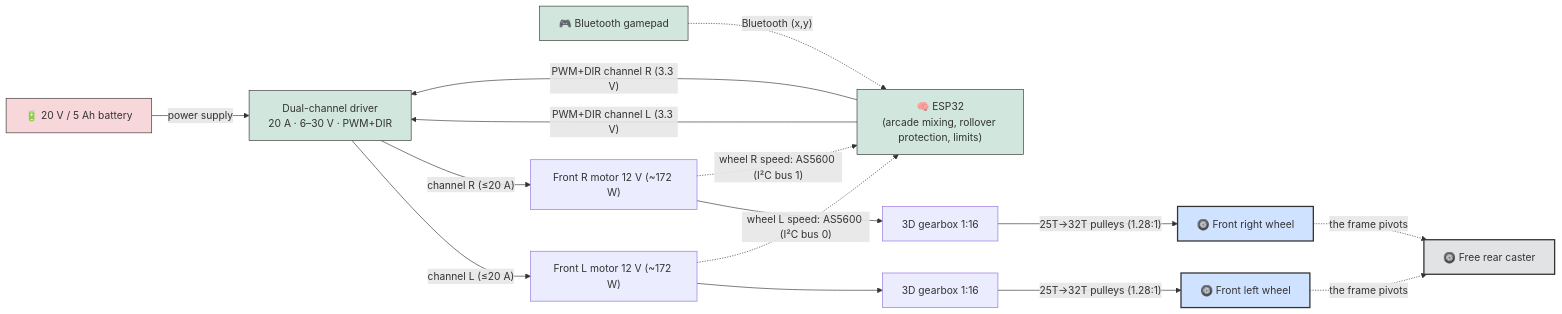
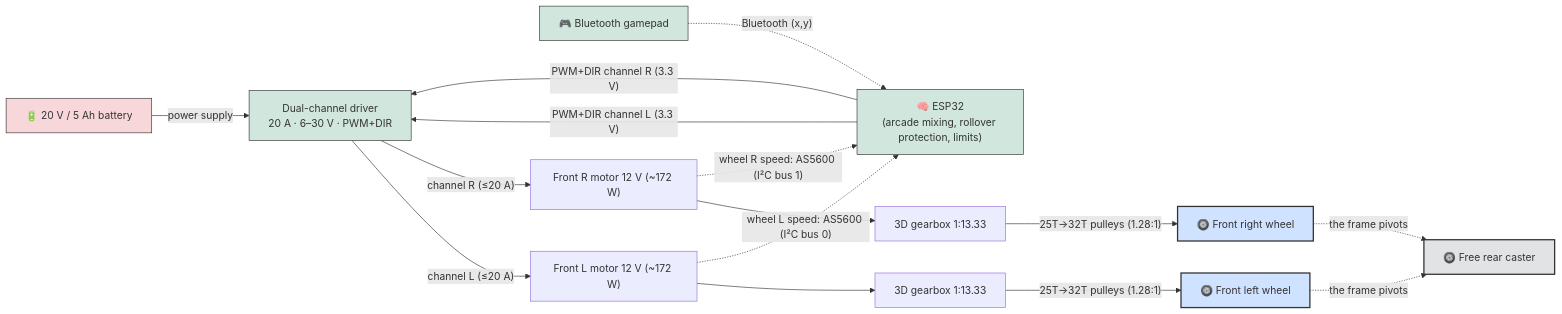
The fifth of 10 diagrams in README.md (pinkymaxou/powered-soapbox-car), drawn with Mermaid before and after one commit. The commit also changed other lines of this file and 7 other files, not shown here.

````diff
--- a/README.md
+++ b/README.md
@@ -322,34 +322,34 @@
 ```mermaid
 flowchart LR
     BATT["🔋 20 V / 5 Ah battery"]
     PAD["🎮 Bluetooth gamepad"]
     ESP["🧠 ESP32<br/>(arcade mixing, rollover protection, limits)"]
     DRV["Dual-channel driver<br/>20 A · 6–30 V · PWM+DIR"]
     M1["Front L motor 12 V (~172 W)"]
     M2["Front R motor 12 V (~172 W)"]
-    G1["3D gearbox 1:16"]
-    G2["3D gearbox 1:16"]
+    G1["3D gearbox 1:13.33"]
+    G2["3D gearbox 1:13.33"]
     R1["🛞 Front left wheel"]
     R2["🛞 Front right wheel"]
     CAS["🛞 Free rear caster"]
 
     BATT -- "power supply" --> DRV
     PAD -. "Bluetooth (x,y)" .-> ESP
     ESP -- "PWM+DIR channel L (3.3 V)" --> DRV
     ESP -- "PWM+DIR channel R (3.3 V)" --> DRV
     DRV -- "channel L (≤20 A)" --> M1 --> G1 -- "25T→32T pulleys (1.28:1)" --> R1
     DRV -- "channel R (≤20 A)" --> M2 --> G2 -- "25T→32T pulleys (1.28:1)" --> R2
     M1 -. "wheel L speed: AS5600 (I²C bus 0)" .-> ESP
     M2 -. "wheel R speed: AS5600 (I²C bus 1)" .-> ESP
     R1 -. "the frame pivots" .-> CAS
     R2 -. "the frame pivots" .-> CAS
 
     classDef pwr fill:#f8d7da,stroke:#333;
     classDef ctrl fill:#d1e7dd,stroke:#333;
     classDef wheel fill:#cfe2ff,stroke:#333,stroke-width:2px;
     classDef caster fill:#e2e3e5,stroke:#333,stroke-width:2px;
     class BATT pwr;
     class ESP,DRV,PAD ctrl;
     class R1,R2 wheel;
     class CAS caster;
 ```
````
